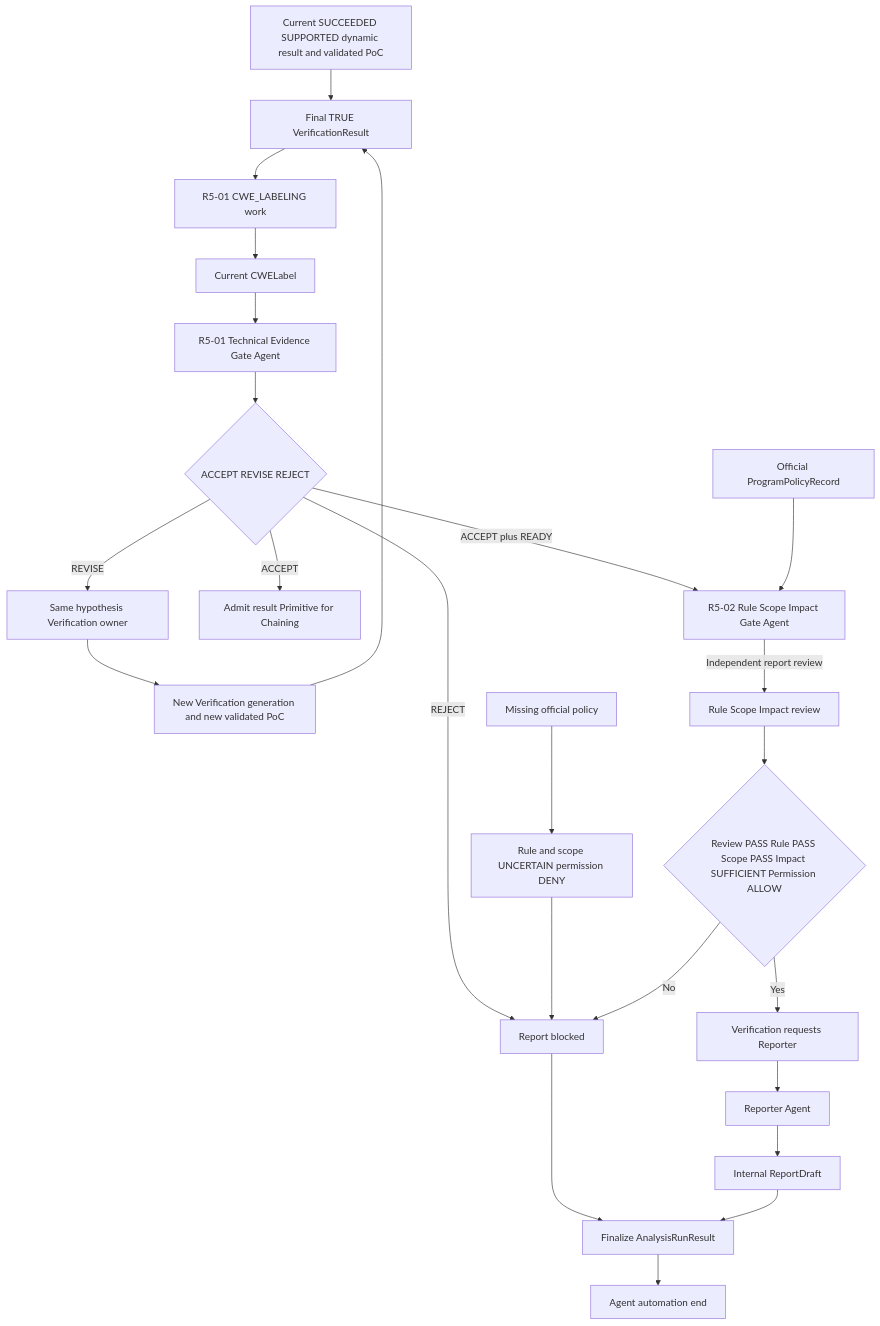
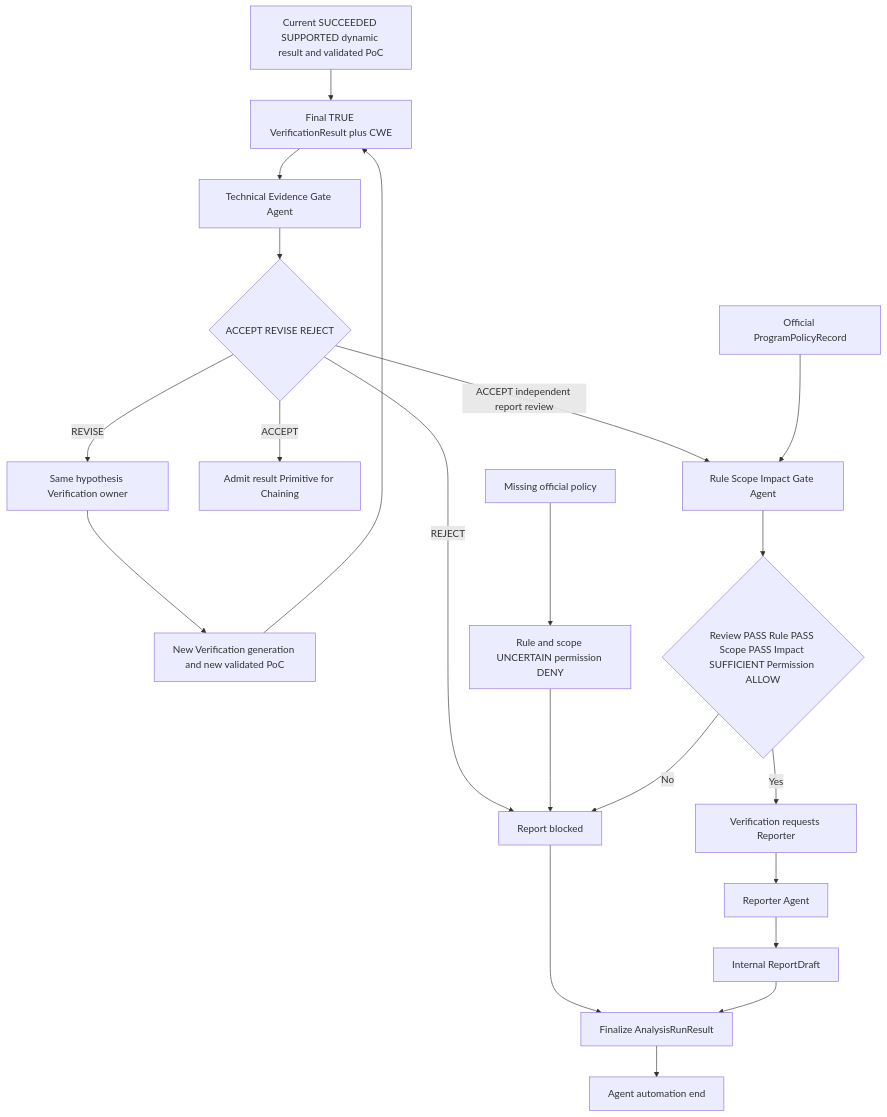
One commit to SASTsimi/sastsimi changed the sixth of 13 diagrams in docs/architecture-v5/13-architecture-diagrams.md. Above: the diagram before and after it, drawn with Mermaid. The commit also changed other lines of this file and 37 other files, not shown here.

````diff
--- a/docs/architecture-v5/13-architecture-diagrams.md
+++ b/docs/architecture-v5/13-architecture-diagrams.md
@@ -232,26 +226,23 @@
 ```mermaid
 flowchart TB
-    DYN[Current SUCCEEDED SUPPORTED dynamic result and validated PoC] --> VR[Final TRUE VerificationResult]
-    VR --> CW[R5-01 CWE_LABELING work]
-    CW --> CWE[Current CWELabel]
-    CWE --> TECH[R5-01 Technical Evidence Gate Agent]
+    DYN[Current SUCCEEDED SUPPORTED dynamic result and validated PoC] --> VR[Final TRUE VerificationResult plus CWE]
+    VR --> TECH[Technical Evidence Gate Agent]
     TECH --> TS{ACCEPT REVISE REJECT}
     TS -->|REVISE| BACK[Same hypothesis Verification owner]
     BACK --> NEWGEN[New Verification generation and new validated PoC]
     NEWGEN --> VR
     TS -->|REJECT| BLOCK[Report blocked]
     TS -->|ACCEPT| PRIMITIVE[Admit result Primitive for Chaining]
-    TS -->|ACCEPT plus READY| R502[R5-02 Rule Scope Impact Gate Agent]
-    R502 -->|Independent report review| RULE[Rule Scope Impact review]
-    POLICY[Official ProgramPolicyRecord] --> R502
+    TS -->|ACCEPT independent report review| RULE[Rule Scope Impact Gate Agent]
+    POLICY[Official ProgramPolicyRecord] --> RULE
     NOPOL[Missing official policy] --> UNCERTAIN[Rule and scope UNCERTAIN permission DENY]
     UNCERTAIN --> BLOCK
     RULE --> READY{Review PASS Rule PASS Scope PASS Impact SUFFICIENT Permission ALLOW}
     READY -->|No| BLOCK
     READY -->|Yes| RREQ[Verification requests Reporter]
     RREQ --> REPORTER[Reporter Agent]
     REPORTER --> DRAFT[Internal ReportDraft]
     BLOCK --> FINAL[Finalize AnalysisRunResult]
     DRAFT --> FINAL
     FINAL --> END[Agent automation end]
 ```
````
